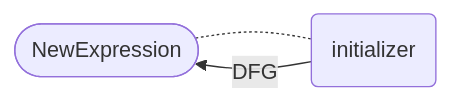
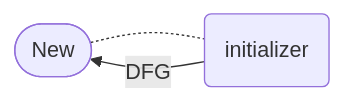
Before and after one commit to Fraunhofer-AISEC/cpg: the tenth of 40 diagrams in docs/docs/CPG/specs/dfg.md, drawn with Mermaid. The commit also changed other lines of this file and 403 other files, not shown here.

````diff
--- a/docs/docs/CPG/specs/dfg.md
+++ b/docs/docs/CPG/specs/dfg.md
@@ -179,5 +179,5 @@
 ```mermaid
   flowchart LR
-    node([NewExpression]) -.- initializer(initializer)
+    node([New]) -.- initializer(initializer)
     initializer -- DFG --> node
 ```
````
